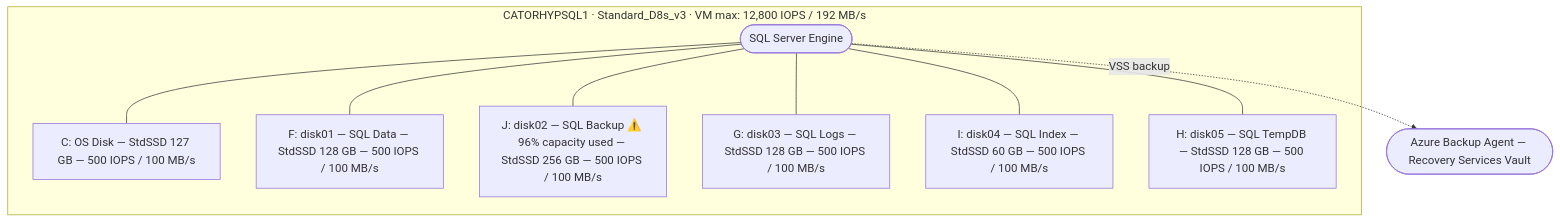
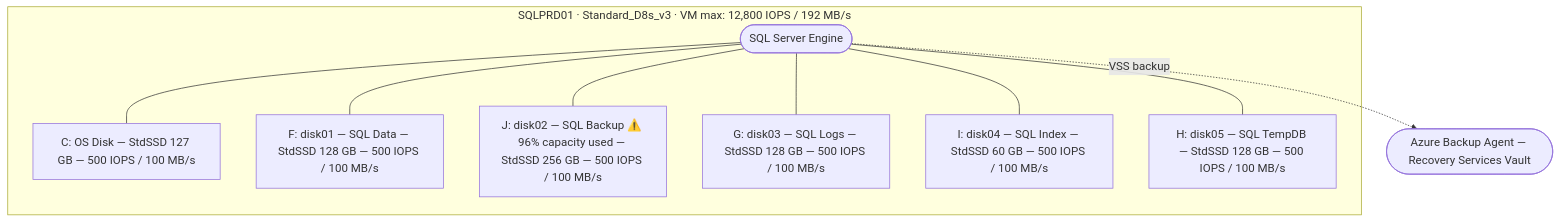
One commit to gko01/ANF-for-SQL changed the first of 4 diagrams in README.md. Above: the diagram before and after it, drawn with Mermaid. The commit also changed other lines of this file and 2 other files, not shown here.

````diff
--- a/README.md
+++ b/README.md
@@ -51,15 +51,15 @@
 ```mermaid
 flowchart TB
-    subgraph vm["CATORHYPSQL1  ·  Standard_D8s_v3  ·  VM max: 12,800 IOPS / 192 MB/s"]
+    subgraph vm["SQLPRD01  ·  Standard_D8s_v3  ·  VM max: 12,800 IOPS / 192 MB/s"]
         sql(["SQL Server Engine"])
         c["C: OS Disk — StdSSD 127 GB — 500 IOPS / 100 MB/s"]
         f["F: disk01 — SQL Data — StdSSD 128 GB — 500 IOPS / 100 MB/s"]
         j["J: disk02 — SQL Backup ⚠️ 96% capacity used — StdSSD 256 GB — 500 IOPS / 100 MB/s"]
         g["G: disk03 — SQL Logs — StdSSD 128 GB — 500 IOPS / 100 MB/s"]
         idx["I: disk04 — SQL Index — StdSSD 60 GB — 500 IOPS / 100 MB/s"]
         h["H: disk05 — SQL TempDB — StdSSD 128 GB — 500 IOPS / 100 MB/s"]
         sql --- c & f & j & g & idx & h
     end
     bkp(["Azure Backup Agent — Recovery Services Vault"])
     sql -.->|"VSS backup"| bkp
 ```
````
